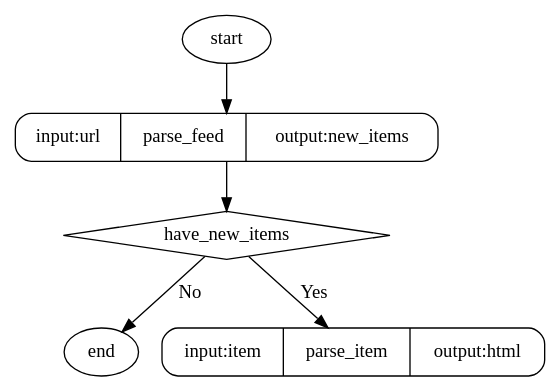
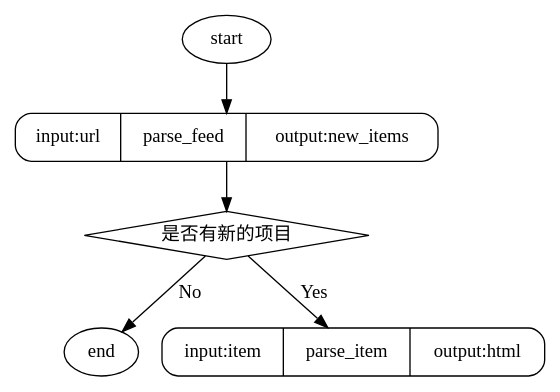
The diagram in flow.dot (dormouse/read), drawn with Graphviz before and after one commit. The commit also changed 2 other files, not shown here.

Commit message:
learn make image with graphviz

```diff
--- a/flow.dot
+++ b/flow.dot
@@ -1,14 +1,14 @@
 digraph G
 {
     node[shape=record]
 
     start[shape = oval];
     end[shape = oval];
     parse_feed[label = "input:url|parse_feed|output:new_items" shape = Mrecord];
     parse_item[label = "input:item|parse_item|output:html" shape = Mrecord];
-    have_new_items[shape = diamond];
+    have_new_items[label = "是否有新的项目" shape = diamond];
 
     start -> parse_feed -> have_new_items;
     have_new_items -> parse_item[label = "Yes"];
     have_new_items -> end[label = "No"];
 }
```
